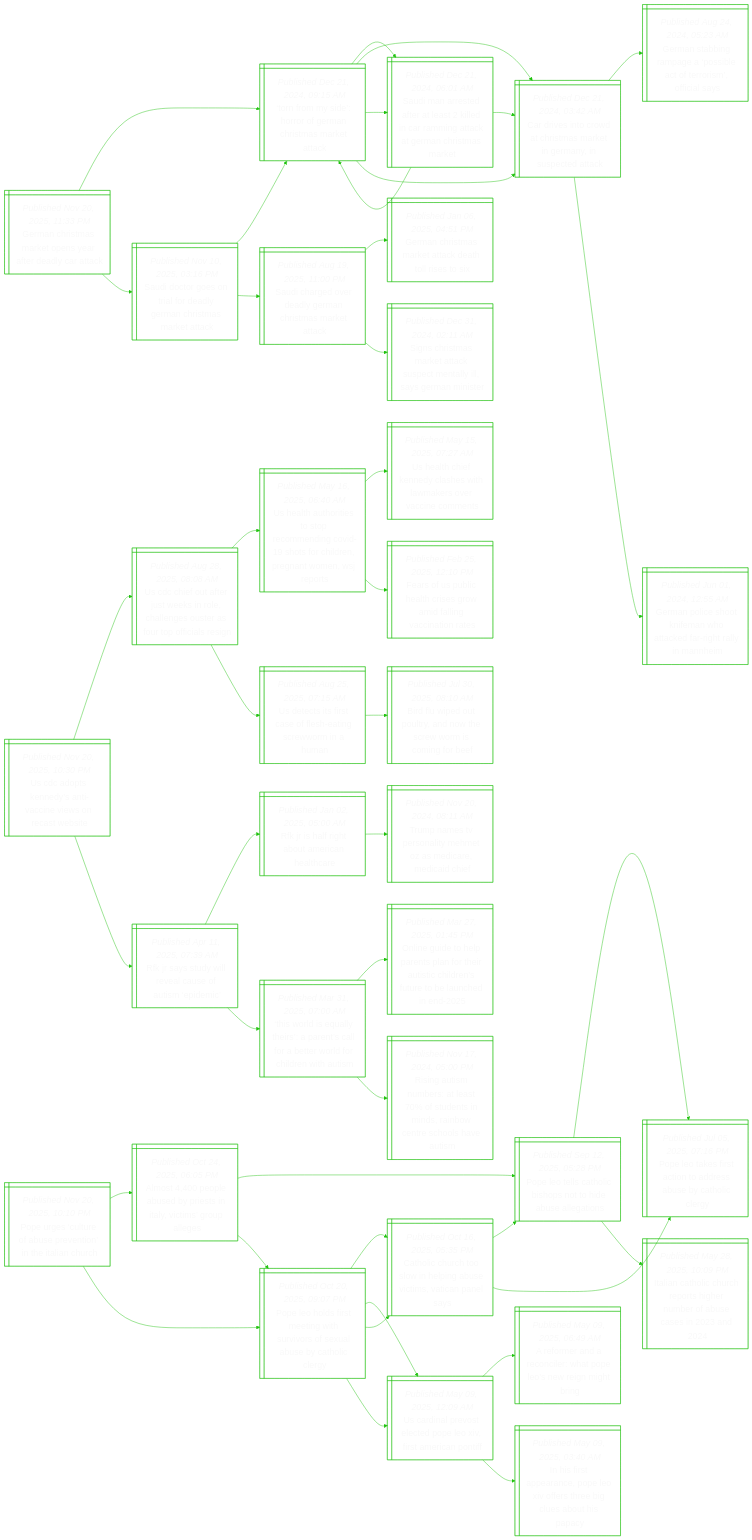
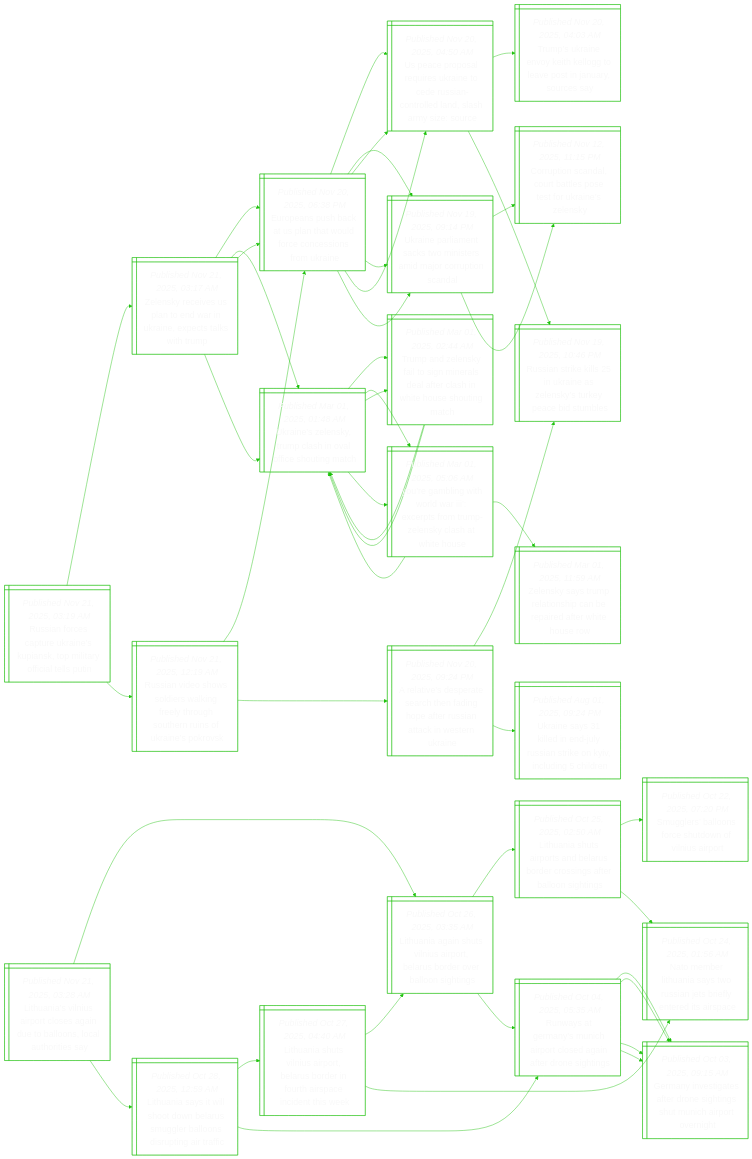
Before and after one commit to notJmes/notJmes: the diagram in README.md, drawn with Mermaid. The commit also changed other lines of this file, not shown here.

````diff
--- a/README.md
+++ b/README.md
@@ -16,136 +16,142 @@
 flowchart LR
 classDef txtsize font-size:20px;
 
-Gnsmtsadyt@{ shape: win-pane, label: "_Published Nov 20, 2025, 11:33 PM_
-German christmas market opens year after deadly car attack" }
-Trsoomrakt@{ shape: win-pane, label: "_Published Dec 21, 2024, 09:15 AM_
-‘torn from my side’: horror of german christmas market attack" }
-SmrdralnagceCta@{ shape: win-pane, label: "_Published Dec 21, 2024, 06:01 AM_
-Saudi man arrested after at least 2 killed in car ramming attack at german christmas market" }
-CinoCtaimneak@{ shape: win-pane, label: "_Published Dec 21, 2024, 03:42 AM_
-Car drives into crowd at christmas market in germany, in suspected attack" }
-Trsoomrakt@{ shape: win-pane, label: "_Published Dec 21, 2024, 09:15 AM_
-‘torn from my side’: horror of german christmas market attack" }
-CinoCtaimneak@{ shape: win-pane, label: "_Published Dec 21, 2024, 03:42 AM_
-Car drives into crowd at christmas market in germany, in suspected attack" }
-Gnbaesatrfas@{ shape: win-pane, label: "_Published Aug 24, 2024, 05:23 AM_
-German stabbing rampage a ‘possible act of terrorism’, official says" }
-Gncofwtdianh@{ shape: win-pane, label: "_Published Jun 01, 2024, 12:55 AM_
-German police shoot knifeman who attacked far-right rally in mannheim" }
-Sdroadyaisea@{ shape: win-pane, label: "_Published Nov 10, 2025, 03:16 PM_
-Saudi doctor goes on trial for deadly german christmas market attack" }
-Trsoomrakt@{ shape: win-pane, label: "_Published Dec 21, 2024, 09:15 AM_
-‘torn from my side’: horror of german christmas market attack" }
-SmrdralnagceCta@{ shape: win-pane, label: "_Published Dec 21, 2024, 06:01 AM_
-Saudi man arrested after at least 2 killed in car ramming attack at german christmas market" }
-CinoCtaimneak@{ shape: win-pane, label: "_Published Dec 21, 2024, 03:42 AM_
-Car drives into crowd at christmas market in germany, in suspected attack" }
-Scerlmrakt@{ shape: win-pane, label: "_Published Aug 19, 2025, 11:00 PM_
-Saudi charged over deadly german christmas market attack" }
-Gnsmtctlsx@{ shape: win-pane, label: "_Published Jan 06, 2025, 04:51 PM_
-German christmas market attack death toll rises to six" }
-SCtaakenyarie@{ shape: win-pane, label: "_Published Dec 31, 2024, 02:11 AM_
-Signs christmas market attack suspect mentally ill, says german minister" }
+LaVupladboctta@{ shape: win-pane, label: "_Published Nov 21, 2025, 03:28 AM_
+Lithuania’s vilnius airport closes again due to balloons, local authorities say" }
+Laghisolbrbohs@{ shape: win-pane, label: "_Published Oct 26, 2025, 03:35 AM_
+Lithuania again shuts vilnius airport, belarus border over balloon sightings" }
+LahitBudogelin@{ shape: win-pane, label: "_Published Oct 25, 2025, 02:50 AM_
+Lithuania shuts airports and belarus border crossings after balloon sightings" }
+Slanctonit@{ shape: win-pane, label: "_Published Oct 22, 2025, 07:20 PM_
+Smugglers’ balloons force shutdown of vilnius airport" }
+NeLaaoitendic@{ shape: win-pane, label: "_Published Oct 24, 2025, 01:56 AM_
+Nato member lithuania says two russian jets briefly entered its airspace" }
+Ryeyircdnret@{ shape: win-pane, label: "_Published Oct 04, 2025, 05:35 AM_
+Runways at germany’s munich airport closed again after drone sightings" }
+Gneafrinuiroi@{ shape: win-pane, label: "_Published Oct 03, 2025, 09:15 AM_
+Germany investigates after drone sightings shut munich airport overnight" }
+Gneafrinuiroi@{ shape: win-pane, label: "_Published Oct 03, 2025, 09:15 AM_
+Germany investigates after drone sightings shut munich airport overnight" }
+Laawholsllsugrc@{ shape: win-pane, label: "_Published Oct 28, 2025, 12:59 AM_
+Lithuania says it will shoot down belarus smuggler balloons disrupting air traffic" }
+Lahisolbruicite@{ shape: win-pane, label: "_Published Oct 27, 2025, 04:40 AM_
+Lithuania shuts vilnius airport, belarus border in fourth airspace incident this week" }
+Laghisolbrbohs@{ shape: win-pane, label: "_Published Oct 26, 2025, 03:35 AM_
+Lithuania again shuts vilnius airport, belarus border over balloon sightings" }
+NeLaaoitendic@{ shape: win-pane, label: "_Published Oct 24, 2025, 01:56 AM_
+Nato member lithuania says two russian jets briefly entered its airspace" }
+Ryeyircdnret@{ shape: win-pane, label: "_Published Oct 04, 2025, 05:35 AM_
+Runways at germany’s munich airport closed again after drone sightings" }
+Gneafrinuiroi@{ shape: win-pane, label: "_Published Oct 03, 2025, 09:15 AM_
+Germany investigates after drone sightings shut munich airport overnight" }
+Gneafrinuiroi@{ shape: win-pane, label: "_Published Oct 03, 2025, 09:15 AM_
+Germany investigates after drone sightings shut munich airport overnight" }
 
-Gnsmtsadyt:::txtsize --> Trsoomrakt:::txtsize
-Trsoomrakt:::txtsize --> SmrdralnagceCta:::txtsize
-SmrdralnagceCta:::txtsize --> CinoCtaimneak:::txtsize
-SmrdralnagceCta:::txtsize --> Trsoomrakt:::txtsize
-Trsoomrakt:::txtsize --> CinoCtaimneak:::txtsize
-CinoCtaimneak:::txtsize --> Gnbaesatrfas:::txtsize
-CinoCtaimneak:::txtsize --> Gncofwtdianh:::txtsize
-Gnsmtsadyt:::txtsize --> Sdroadyaisea:::txtsize
-Sdroadyaisea:::txtsize --> Trsoomrakt:::txtsize
-Trsoomrakt:::txtsize --> SmrdralnagceCta:::txtsize
-Trsoomrakt:::txtsize --> CinoCtaimneak:::txtsize
-Sdroadyaisea:::txtsize --> Scerlmrakt:::txtsize
-Scerlmrakt:::txtsize --> Gnsmtctlsx:::txtsize
-Scerlmrakt:::txtsize --> SCtaakenyarie:::txtsize
+LaVupladboctta:::txtsize --> Laghisolbrbohs:::txtsize
+Laghisolbrbohs:::txtsize --> LahitBudogelin:::txtsize
+LahitBudogelin:::txtsize --> Slanctonit:::txtsize
+LahitBudogelin:::txtsize --> NeLaaoitendic:::txtsize
+Laghisolbrbohs:::txtsize --> Ryeyircdnret:::txtsize
+Ryeyircdnret:::txtsize --> Gneafrinuiroi:::txtsize
+Ryeyircdnret:::txtsize --> Gneafrinuiroi:::txtsize
+LaVupladboctta:::txtsize --> Laawholsllsugrc:::txtsize
+Laawholsllsugrc:::txtsize --> Lahisolbruicite:::txtsize
+Lahisolbruicite:::txtsize --> Laghisolbrbohs:::txtsize
+Lahisolbruicite:::txtsize --> NeLaaoitendic:::txtsize
+Laawholsllsugrc:::txtsize --> Ryeyircdnret:::txtsize
+Ryeyircdnret:::txtsize --> Gneafrinuiroi:::txtsize
+Ryeyircdnret:::txtsize --> Gneafrinuiroi:::txtsize
 
-Uasencvoab@{ shape: win-pane, label: "_Published Nov 20, 2025, 10:30 PM_
-Us cdc adopts kennedy’s anti-vaccine views on recast website" }
-Ucotskoagsstfli@{ shape: win-pane, label: "_Published Aug 28, 2025, 08:08 AM_
-Us cdc chief out after just weeks in role, challenges ouster as four top officials resign" }
-Ulttormnitcretnes@{ shape: win-pane, label: "_Published May 16, 2025, 06:40 AM_
-Us health authorities to stop recommending covid-19 shots for children, pregnant women, wsj reports" }
-Ulincehaoaee@{ shape: win-pane, label: "_Published May 15, 2025, 07:27 AM_
-Us health chief kennedy clashes with lawmakers over vaccine comments" }
-Fouhhewfncit@{ shape: win-pane, label: "_Published Feb 25, 2025, 12:10 PM_
-Fears of us public health crises grow amid falling vaccination rates" }
-Uetseetcoan@{ shape: win-pane, label: "_Published Aug 25, 2025, 07:15 AM_
-Us detects its first case of flesh-eating screwworm in a human" }
-Bleprnewiir@{ shape: win-pane, label: "_Published Jul 30, 2025, 08:10 AM_
-Bird flu wiped out poultry, and now the screw worm is coming for beef" }
-Rstivafsd@{ shape: win-pane, label: "_Published Apr 11, 2025, 07:39 AM_
-Rfk jr says study will reveal cause of autism ‘epidemic’" }
-Rifttiec@{ shape: win-pane, label: "_Published Jan 02, 2025, 05:00 AM_
-Rfk jr is half right about american healthcare" }
-TnTsihzdech@{ shape: win-pane, label: "_Published Nov 20, 2024, 08:11 AM_
-Trump names tv personality mehmet oz as medicare, medicaid chief" }
-Tosleptlbrdhehs@{ shape: win-pane, label: "_Published Mar 31, 2025, 07:00 AM_
-‘this world is equally theirs’: a parent’s call for a better world for children with autism" }
-Oeelelrrshetoudd@{ shape: win-pane, label: "_Published Mar 27, 2025, 01:45 PM_
-Online guide to help parents plan for their autistic children’s future to be launched in end-2025" }
-RgsbttusniCeovi@{ shape: win-pane, label: "_Published Nov 17, 2024, 05:00 PM_
-Rising autism numbers: at least 70% of students in minds, rainbow centre schools have autism" }
+RacpUnpkiritP@{ shape: win-pane, label: "_Published Nov 21, 2025, 03:19 AM_
+Russian forces capture ukraine’s kupiansk, top military official tells putin" }
+ZscsaniaxssT@{ shape: win-pane, label: "_Published Nov 21, 2025, 03:17 AM_
+Zelensky receives us plan to end war in ukraine, expects talks with trump" }
+EeucStooosfke@{ shape: win-pane, label: "_Published Nov 20, 2025, 06:38 PM_
+Europeans push back at us plan that would force concessions from ukraine" }
+UcprrrteinlnsySe@{ shape: win-pane, label: "_Published Nov 20, 2025, 04:50 AM_
+Us peace proposal requires ukraine to cede russian-controlled land, slash army size: source" }
+Unlnkmtmjria@{ shape: win-pane, label: "_Published Nov 19, 2025, 09:14 PM_
+Ukraine parliament sacks two ministers amid major corruption scandal" }
+Unlyphaiogh@{ shape: win-pane, label: "_Published Mar 01, 2025, 01:48 AM_
+Ukraine’s zelensky, trump clash in oval office shouting match" }
+TalytnretaWHsit@{ shape: win-pane, label: "_Published Mar 01, 2025, 02:44 AM_
+Trump and zelensky fail to sign minerals deal after clash in white house shouting match" }
+YgitlIcsTZsaWH@{ shape: win-pane, label: "_Published Mar 01, 2025, 05:06 AM_
+‘you’re gambling with world war iii’: excerpts from trump-zelensky clash at white house" }
+RaewdwnerseiUnkk@{ shape: win-pane, label: "_Published Nov 21, 2025, 12:19 AM_
+Russian video shows soldiers walking freely through southern ruins of ukraine’s pokrovsk" }
+EeucStooosfke@{ shape: win-pane, label: "_Published Nov 20, 2025, 06:38 PM_
+Europeans push back at us plan that would force concessions from ukraine" }
+UcprrrteinlnsySe@{ shape: win-pane, label: "_Published Nov 20, 2025, 04:50 AM_
+Us peace proposal requires ukraine to cede russian-controlled land, slash army size: source" }
+Unlnkmtmjria@{ shape: win-pane, label: "_Published Nov 19, 2025, 09:14 PM_
+Ukraine parliament sacks two ministers amid major corruption scandal" }
+Atdretahfunceni@{ shape: win-pane, label: "_Published Nov 20, 2025, 09:24 PM_
+A relative’s desperate search then fading hope after russian attack in western ukraine" }
+RailUnekreim@{ shape: win-pane, label: "_Published Nov 19, 2025, 10:46 PM_
+Russian strike kills 25 in ukraine as zelensky’s turkey peace bid stumbles" }
+Unsenyirnidhe@{ shape: win-pane, label: "_Published Aug 01, 2025, 09:24 PM_
+Ukraine says 31 killed in end-july russian strike on kyiv, including 5 children" }
 
-Uasencvoab:::txtsize --> Ucotskoagsstfli:::txtsize
-Ucotskoagsstfli:::txtsize --> Ulttormnitcretnes:::txtsize
-Ulttormnitcretnes:::txtsize --> Ulincehaoaee:::txtsize
-Ulttormnitcretnes:::txtsize --> Fouhhewfncit:::txtsize
-Ucotskoagsstfli:::txtsize --> Uetseetcoan:::txtsize
-Uetseetcoan:::txtsize --> Bleprnewiir:::txtsize
-Uasencvoab:::txtsize --> Rstivafsd:::txtsize
-Rstivafsd:::txtsize --> Rifttiec:::txtsize
-Rifttiec:::txtsize --> TnTsihzdech:::txtsize
-Rstivafsd:::txtsize --> Tosleptlbrdhehs:::txtsize
-Tosleptlbrdhehs:::txtsize --> Oeelelrrshetoudd:::txtsize
-Tosleptlbrdhehs:::txtsize --> RgsbttusniCeovi:::txtsize
+RacpUnpkiritP:::txtsize --> ZscsaniaxssT:::txtsize
+ZscsaniaxssT:::txtsize --> EeucStooosfke:::txtsize
+EeucStooosfke:::txtsize --> UcprrrteinlnsySe:::txtsize
+EeucStooosfke:::txtsize --> Unlnkmtmjria:::txtsize
+ZscsaniaxssT:::txtsize --> Unlyphaiogh:::txtsize
+Unlyphaiogh:::txtsize --> TalytnretaWHsit:::txtsize
+Unlyphaiogh:::txtsize --> YgitlIcsTZsaWH:::txtsize
+RacpUnpkiritP:::txtsize --> RaewdwnerseiUnkk:::txtsize
+RaewdwnerseiUnkk:::txtsize --> EeucStooosfke:::txtsize
+EeucStooosfke:::txtsize --> UcprrrteinlnsySe:::txtsize
+EeucStooosfke:::txtsize --> Unlnkmtmjria:::txtsize
+RaewdwnerseiUnkk:::txtsize --> Atdretahfunceni:::txtsize
+Atdretahfunceni:::txtsize --> RailUnekreim:::txtsize
+Atdretahfunceni:::txtsize --> Unsenyirnidhe:::txtsize
 
-PrueueitaCh@{ shape: win-pane, label: "_Published Nov 20, 2025, 10:10 PM_
-Pope urges ‘culture of abuse prevention’ in the italian church" }
-Atlspttispg@{ shape: win-pane, label: "_Published Oct 24, 2025, 06:05 PM_
-Almost 4,400 people abused by priests in italy, victims’ group alleges" }
-Pelhbpteegn@{ shape: win-pane, label: "_Published Sep 12, 2025, 05:28 PM_
-Pope leo tells catholic bishops not to hide abuse allegations" }
-Peesiassair@{ shape: win-pane, label: "_Published Jul 05, 2025, 07:16 PM_
-Pope leo takes first action to address abuse by catholic clergy" }
-IahChrguosen@{ shape: win-pane, label: "_Published May 28, 2025, 10:09 PM_
-Italian catholic church reports higher number of abuse cases in 2023 and 2024" }
-Pedstirreabhcy@{ shape: win-pane, label: "_Published Oct 20, 2025, 09:07 PM_
-Pope leo holds first meeting with survivors of sexual abuse by catholic clergy" }
-Cluowlavmiaa@{ shape: win-pane, label: "_Published Oct 16, 2025, 05:35 PM_
-Catholic church too slow in helping abuse victims, vatican panel says" }
-UdPscooimat@{ shape: win-pane, label: "_Published May 09, 2025, 12:09 AM_
-Us cardinal prevost elected pope leo xiv, first american pontiff" }
-Pedstirreabhcy@{ shape: win-pane, label: "_Published Oct 20, 2025, 09:07 PM_
-Pope leo holds first meeting with survivors of sexual abuse by catholic clergy" }
-Cluowlavmiaa@{ shape: win-pane, label: "_Published Oct 16, 2025, 05:35 PM_
-Catholic church too slow in helping abuse victims, vatican panel says" }
-Pelhbpteegn@{ shape: win-pane, label: "_Published Sep 12, 2025, 05:28 PM_
-Pope leo tells catholic bishops not to hide abuse allegations" }
-Peesiassair@{ shape: win-pane, label: "_Published Jul 05, 2025, 07:16 PM_
-Pope leo takes first action to address abuse by catholic clergy" }
-UdPscooimat@{ shape: win-pane, label: "_Published May 09, 2025, 12:09 AM_
-Us cardinal prevost elected pope leo xiv, first american pontiff" }
-Arnclaenigi@{ shape: win-pane, label: "_Published May 09, 2025, 06:49 AM_
-A reformer and a reconciler: what pope leo’s new reign might bring" }
-IfarPeoselbia@{ shape: win-pane, label: "_Published May 09, 2025, 03:40 AM_
-In his first appearance, pope leo xiv offers three big clues about his papacy" }
+ZscsaniaxssT@{ shape: win-pane, label: "_Published Nov 21, 2025, 03:17 AM_
+Zelensky receives us plan to end war in ukraine, expects talks with trump" }
+EeucStooosfke@{ shape: win-pane, label: "_Published Nov 20, 2025, 06:38 PM_
+Europeans push back at us plan that would force concessions from ukraine" }
+UcprrrteinlnsySe@{ shape: win-pane, label: "_Published Nov 20, 2025, 04:50 AM_
+Us peace proposal requires ukraine to cede russian-controlled land, slash army size: source" }
+Tsiviltvtnse@{ shape: win-pane, label: "_Published Nov 20, 2025, 04:03 AM_
+Trump’s ukraine envoy keith kellogg to leave post in january, sources say" }
+RailUnekreim@{ shape: win-pane, label: "_Published Nov 19, 2025, 10:46 PM_
+Russian strike kills 25 in ukraine as zelensky’s turkey peace bid stumbles" }
+Unlnkmtmjria@{ shape: win-pane, label: "_Published Nov 19, 2025, 09:14 PM_
+Ukraine parliament sacks two ministers amid major corruption scandal" }
+CpsartosUnly@{ shape: win-pane, label: "_Published Nov 12, 2025, 11:15 PM_
+Corruption scandal, court battles pose test for ukraine’s zelensky" }
+CpsartosUnly@{ shape: win-pane, label: "_Published Nov 12, 2025, 11:15 PM_
+Corruption scandal, court battles pose test for ukraine’s zelensky" }
+Unlyphaiogh@{ shape: win-pane, label: "_Published Mar 01, 2025, 01:48 AM_
+Ukraine’s zelensky, trump clash in oval office shouting match" }
+TalytnretaWHsit@{ shape: win-pane, label: "_Published Mar 01, 2025, 02:44 AM_
+Trump and zelensky fail to sign minerals deal after clash in white house shouting match" }
+Unlyphaiogh@{ shape: win-pane, label: "_Published Mar 01, 2025, 01:48 AM_
+Ukraine’s zelensky, trump clash in oval office shouting match" }
+Unlyphaiogh@{ shape: win-pane, label: "_Published Mar 01, 2025, 01:48 AM_
+Ukraine’s zelensky, trump clash in oval office shouting match" }
+YgitlIcsTZsaWH@{ shape: win-pane, label: "_Published Mar 01, 2025, 05:06 AM_
+‘you’re gambling with world war iii’: excerpts from trump-zelensky clash at white house" }
+Unlyphaiogh@{ shape: win-pane, label: "_Published Mar 01, 2025, 01:48 AM_
+Ukraine’s zelensky, trump clash in oval office shouting match" }
+Zsymasaeeets@{ shape: win-pane, label: "_Published Mar 01, 2025, 11:59 AM_
+Zelensky says trump relationship can be repaired after white house row" }
 
-PrueueitaCh:::txtsize --> Atlspttispg:::txtsize
-Atlspttispg:::txtsize --> Pelhbpteegn:::txtsize
-Pelhbpteegn:::txtsize --> Peesiassair:::txtsize
-Pelhbpteegn:::txtsize --> IahChrguosen:::txtsize
-Atlspttispg:::txtsize --> Pedstirreabhcy:::txtsize
-Pedstirreabhcy:::txtsize --> Cluowlavmiaa:::txtsize
-Pedstirreabhcy:::txtsize --> UdPscooimat:::txtsize
-PrueueitaCh:::txtsize --> Pedstirreabhcy:::txtsize
-Pedstirreabhcy:::txtsize --> Cluowlavmiaa:::txtsize
-Cluowlavmiaa:::txtsize --> Pelhbpteegn:::txtsize
-Cluowlavmiaa:::txtsize --> Peesiassair:::txtsize
-Pedstirreabhcy:::txtsize --> UdPscooimat:::txtsize
-UdPscooimat:::txtsize --> Arnclaenigi:::txtsize
-UdPscooimat:::txtsize --> IfarPeoselbia:::txtsize
+ZscsaniaxssT:::txtsize --> EeucStooosfke:::txtsize
+EeucStooosfke:::txtsize --> UcprrrteinlnsySe:::txtsize
+UcprrrteinlnsySe:::txtsize --> Tsiviltvtnse:::txtsize
+UcprrrteinlnsySe:::txtsize --> RailUnekreim:::txtsize
+EeucStooosfke:::txtsize --> Unlnkmtmjria:::txtsize
+Unlnkmtmjria:::txtsize --> CpsartosUnly:::txtsize
+Unlnkmtmjria:::txtsize --> CpsartosUnly:::txtsize
+ZscsaniaxssT:::txtsize --> Unlyphaiogh:::txtsize
+Unlyphaiogh:::txtsize --> TalytnretaWHsit:::txtsize
+TalytnretaWHsit:::txtsize --> Unlyphaiogh:::txtsize
+TalytnretaWHsit:::txtsize --> Unlyphaiogh:::txtsize
+Unlyphaiogh:::txtsize --> YgitlIcsTZsaWH:::txtsize
+YgitlIcsTZsaWH:::txtsize --> Unlyphaiogh:::txtsize
+YgitlIcsTZsaWH:::txtsize --> Zsymasaeeets:::txtsize
 
 ```
````
